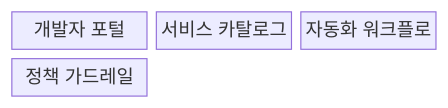
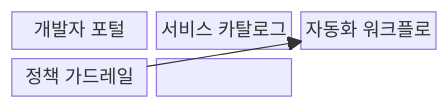
The first of 2 diagrams in src/content/docs/notes/03-software/082_platform_engineering_idp.md (agnusdei1207/knowledge-base), drawn with Mermaid before and after one commit. The commit also changed other lines of this file and 20 other files, not shown here.

````diff
--- a/src/content/docs/notes/03-software/082_platform_engineering_idp.md
+++ b/src/content/docs/notes/03-software/082_platform_engineering_idp.md
@@ -57,8 +63,10 @@
 ```mermaid
-block-beta
+block
   columns 3
   P["개발자 포털"]
   C["서비스 카탈로그"]
   W["자동화 워크플로"]
   G["정책 가드레일"]
+  P --> C --> W
+  G --> W
 ```
````
